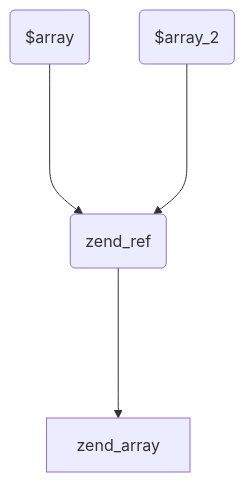
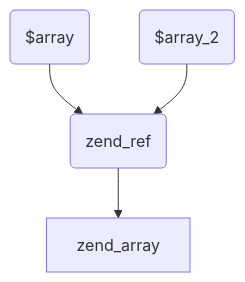
Before and after one commit to huanghantao/huanghantao.github.io: the third of 3 diagrams in source/_posts/PHP内核之foreach.md, drawn with Mermaid. The commit also changed other lines of this file, not shown here.

````diff
--- a/source/_posts/PHP内核之foreach.md
+++ b/source/_posts/PHP内核之foreach.md
@@ -141,6 +141,6 @@
 ```mermaid
 graph TB
-    1($array)---->3[zend_ref]
-    2($array_2)---->3[zend_ref]
-    3(zend_ref)---->4[zend_array]
+    1($array) --> 3[zend_ref]
+    2($array_2) --> 3[zend_ref]
+    3(zend_ref) --> 4[zend_array]
 ```
````
